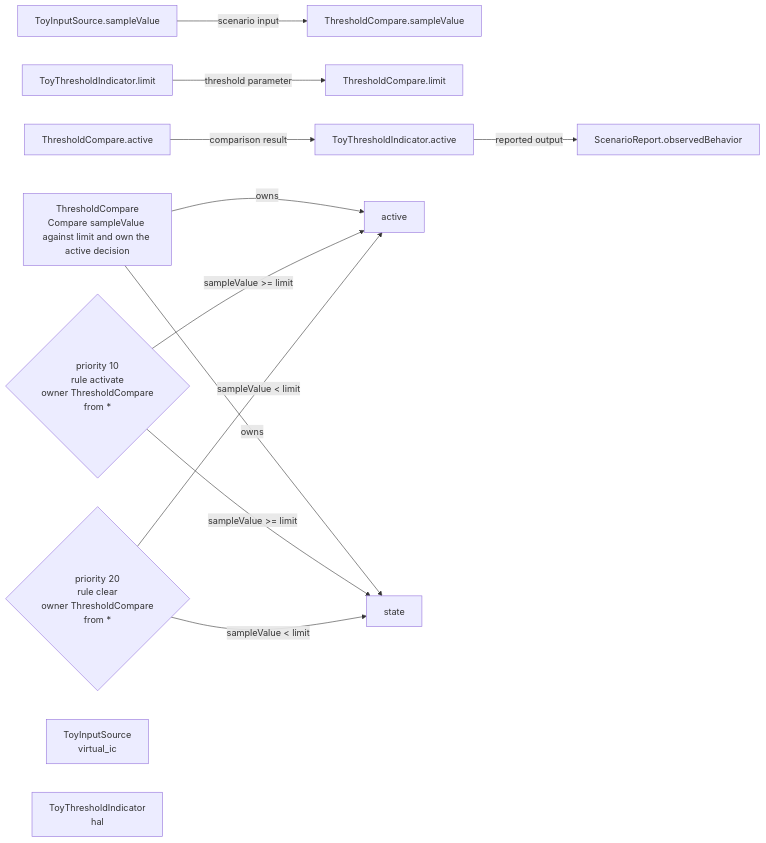
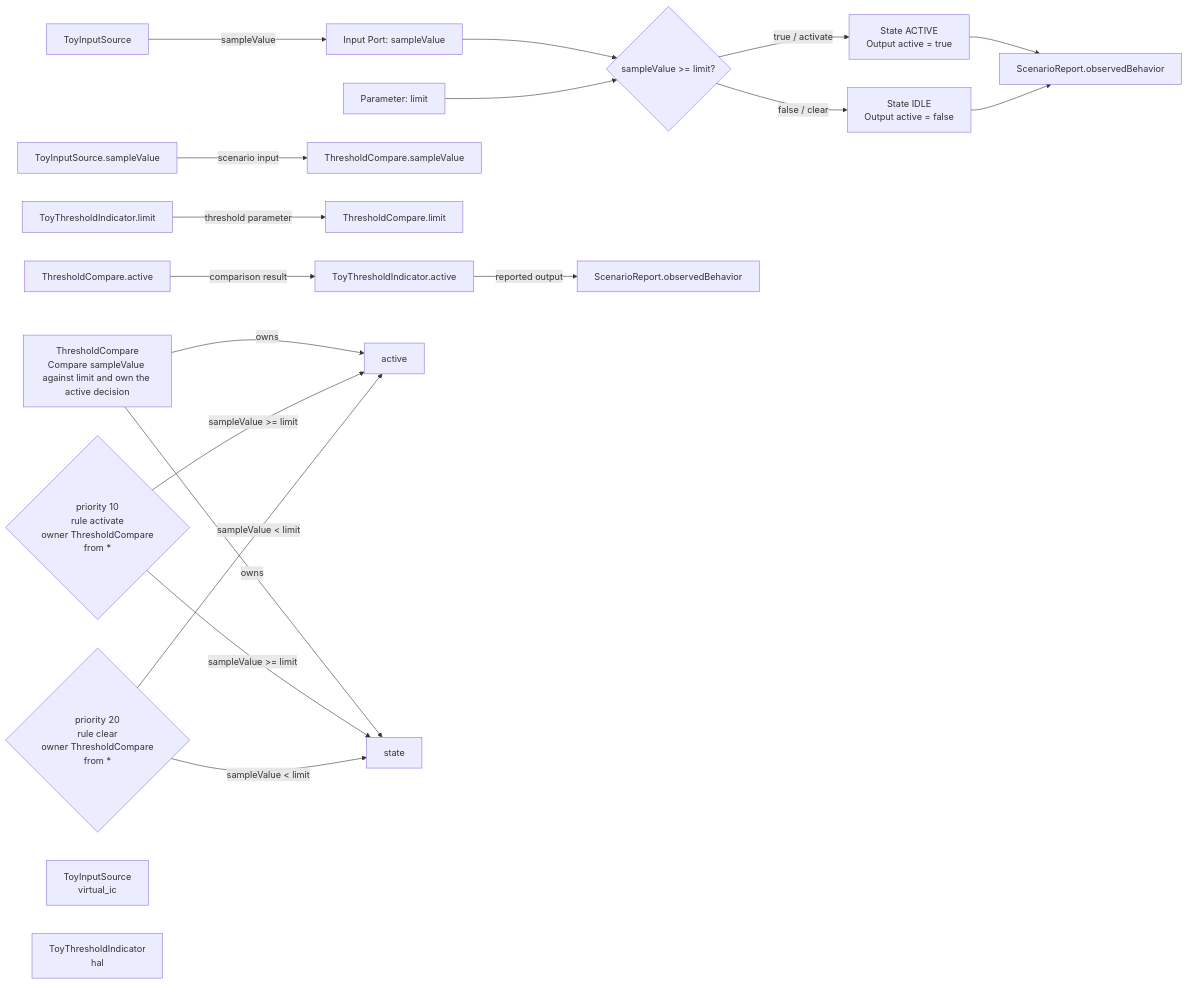
One commit to kino-6/virtual-ecu-peripheral-harness changed the diagram in samples/simple_threshold_indicator/generated/diagram.mmd. Above: the diagram before and after it, drawn with Mermaid. The commit also changed 10 other files, not shown here.

Commit message:
fix: export semantic MBD diagrams for review

```diff
--- a/samples/simple_threshold_indicator/generated/diagram.mmd
+++ b/samples/simple_threshold_indicator/generated/diagram.mmd
@@ -1,46 +1,63 @@
 flowchart LR
-  %% Generated preview from Mermaid-like MBD markup.
+  %% Generated semantic MBD preview from Mermaid-like MBD markup.
   %% Existing MBD tools remain the verification backends.
+  %% Semantic MBD Block Diagram
+  source_ToyInputSource["ToyInputSource"]
+  input_sampleValue["Input Port: sampleValue"]
+  parameter_limit["Parameter: limit"]
+  decision_activate_clear{"sampleValue >= limit?"}
+  action_activate["State ACTIVE<br/>Output active = true"]
+  action_clear["State IDLE<br/>Output active = false"]
+  report_observed_behavior["ScenarioReport.observedBehavior"]
+  source_ToyInputSource -->|"sampleValue"| input_sampleValue
+  input_sampleValue --> decision_activate_clear
+  parameter_limit --> decision_activate_clear
+  decision_activate_clear -->|"true / activate"| action_activate
+  decision_activate_clear -->|"false / clear"| action_clear
+  action_activate --> report_observed_behavior
+  action_clear --> report_observed_behavior
+  %% Semantic Trace: SIMPLE-001, SIMPLE-002, SIMPLE-003
+  %% Detail trace carriers follow; semantic blocks above are the primary review artifact.
   ToyInputSource_sampleValue["ToyInputSource.sampleValue"]
   ThresholdCompare_sampleValue["ThresholdCompare.sampleValue"]
   %% Trace: SIMPLE-001
   %% ToyInputSource_sampleValue --> ThresholdCompare_sampleValue
   ToyInputSource_sampleValue -->|"scenario input"| ThresholdCompare_sampleValue
   ToyThresholdIndicator_limit["ToyThresholdIndicator.limit"]
   ThresholdCompare_limit["ThresholdCompare.limit"]
   %% Trace: SIMPLE-001, SIMPLE-002
   %% ToyThresholdIndicator_limit --> ThresholdCompare_limit
   ToyThresholdIndicator_limit -->|"threshold parameter"| ThresholdCompare_limit
   ThresholdCompare_active["ThresholdCompare.active"]
   ToyThresholdIndicator_active["ToyThresholdIndicator.active"]
   %% Trace: SIMPLE-001, SIMPLE-002
   %% ThresholdCompare_active --> ToyThresholdIndicator_active
   ThresholdCompare_active -->|"comparison result"| ToyThresholdIndicator_active
   ToyThresholdIndicator_active["ToyThresholdIndicator.active"]
   ScenarioReport_observedBehavior["ScenarioReport.observedBehavior"]
   %% Trace: SIMPLE-003
   %% ToyThresholdIndicator_active --> ScenarioReport_observedBehavior
   ToyThresholdIndicator_active -->|"reported output"| ScenarioReport_observedBehavior
   function_ThresholdCompare["ThresholdCompare<br/>Compare sampleValue against limit and own the active decision"]
   %% Function Trace: SIMPLE-001, SIMPLE-002, SIMPLE-003
   active["active"]
   function_ThresholdCompare -->|"owns"| active
   state["state"]
   function_ThresholdCompare -->|"owns"| state
   rule_activate{"priority 10<br/>rule activate<br/>owner ThresholdCompare<br/>from *"}
   %% Trace: SIMPLE-001, SIMPLE-003
   %% Scenarios: above_limit
   state["state"]
   rule_activate -->|"sampleValue >= limit"| state
   active["active"]
   rule_activate -->|"sampleValue >= limit"| active
   rule_clear{"priority 20<br/>rule clear<br/>owner ThresholdCompare<br/>from *"}
   %% Trace: SIMPLE-002, SIMPLE-003
   state["state"]
   rule_clear -->|"sampleValue < limit"| state
   active["active"]
   rule_clear -->|"sampleValue < limit"| active
   ToyInputSource["ToyInputSource<br/>virtual_ic"]
   %% Trace: SIMPLE-001
   ToyThresholdIndicator["ToyThresholdIndicator<br/>hal"]
   %% Trace: SIMPLE-001, SIMPLE-002, SIMPLE-003
```
